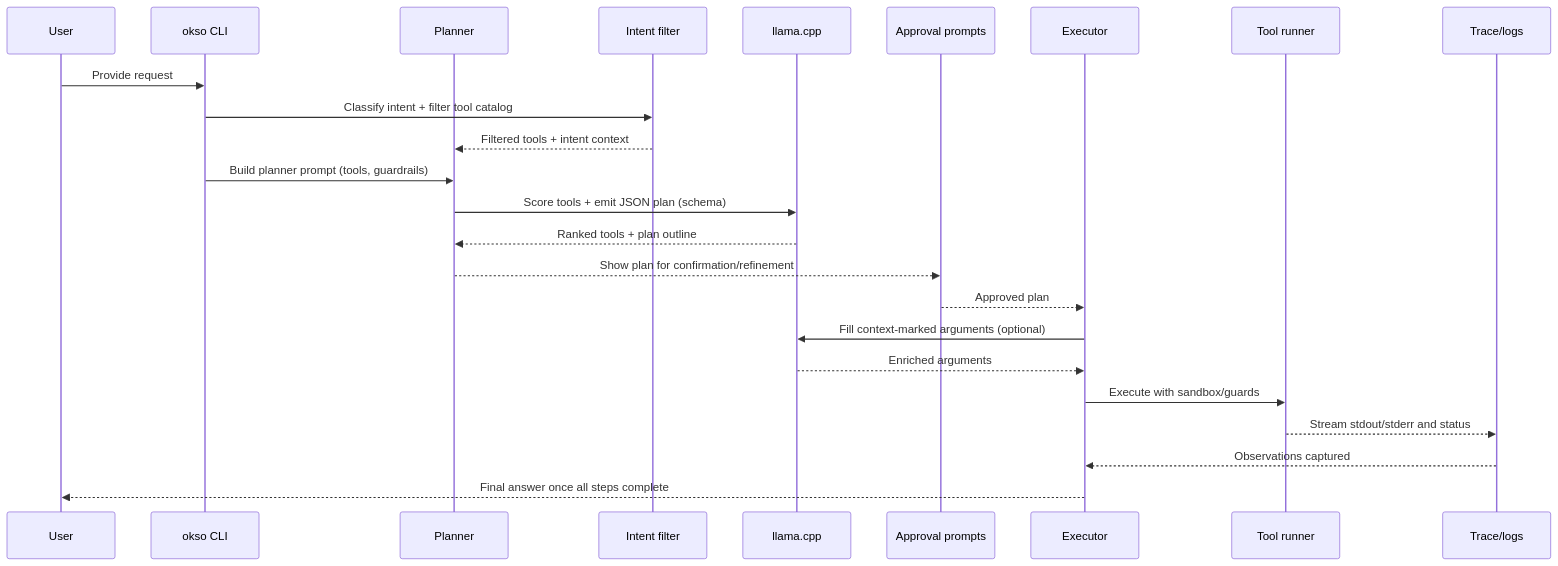
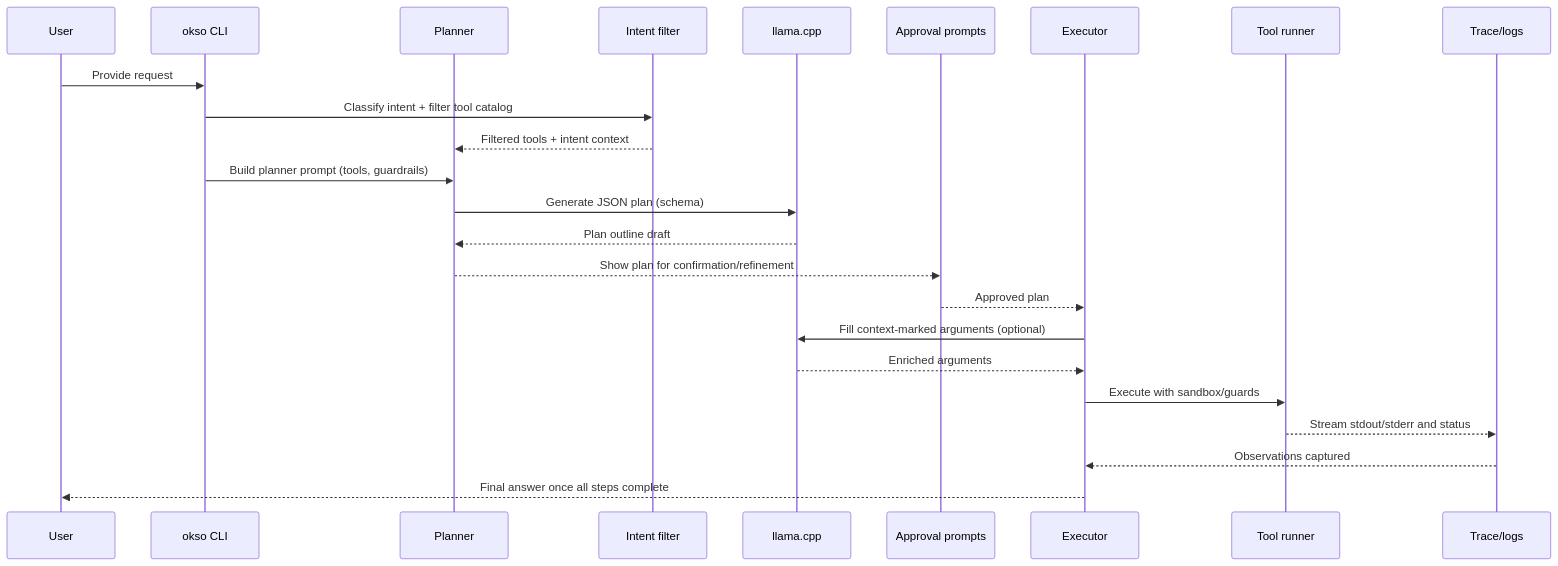
The diagram in docs/reference/architecture.md (cmccomb/okso), drawn with Mermaid before and after one commit. The commit also changed other lines of this file and 4 other files, not shown here.

```diff
--- a/docs/reference/architecture.md
+++ b/docs/reference/architecture.md
@@ -7,27 +7,27 @@
 <pre class="mermaid">
 sequenceDiagram
     participant User
     participant CLI as okso CLI
     participant Planner
     participant Intent as Intent filter
     participant Llama as llama.cpp
     participant Approver as Approval prompts
     participant Executor as Executor
     participant Tool as Tool runner
     participant Trace as Trace/logs
 
     User->>CLI: Provide request
     CLI->>Intent: Classify intent + filter tool catalog
     Intent-->>Planner: Filtered tools + intent context
     CLI->>Planner: Build planner prompt (tools, guardrails)
-    Planner->>Llama: Score tools + emit JSON plan (schema)
-    Llama-->>Planner: Ranked tools + plan outline
+    Planner->>Llama: Generate JSON plan (schema)
+    Llama-->>Planner: Plan outline draft
     Planner-->>Approver: Show plan for confirmation/refinement
     Approver-->>Executor: Approved plan
     Executor->>Llama: Fill context-marked arguments (optional)
     Llama-->>Executor: Enriched arguments
     Executor->>Tool: Execute with sandbox/guards
     Tool-->>Trace: Stream stdout/stderr and status
     Trace-->>Executor: Observations captured
     Executor-->>User: Final answer once all steps complete
 </pre>
```
